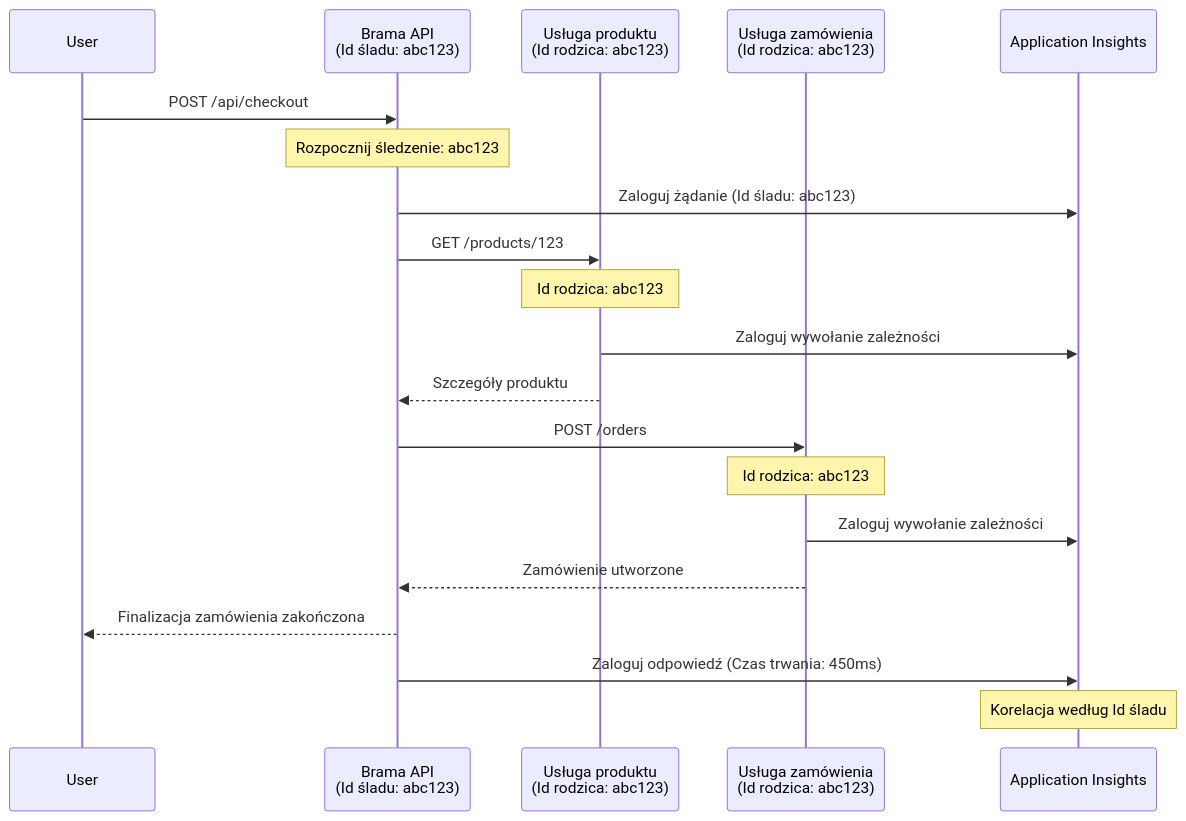
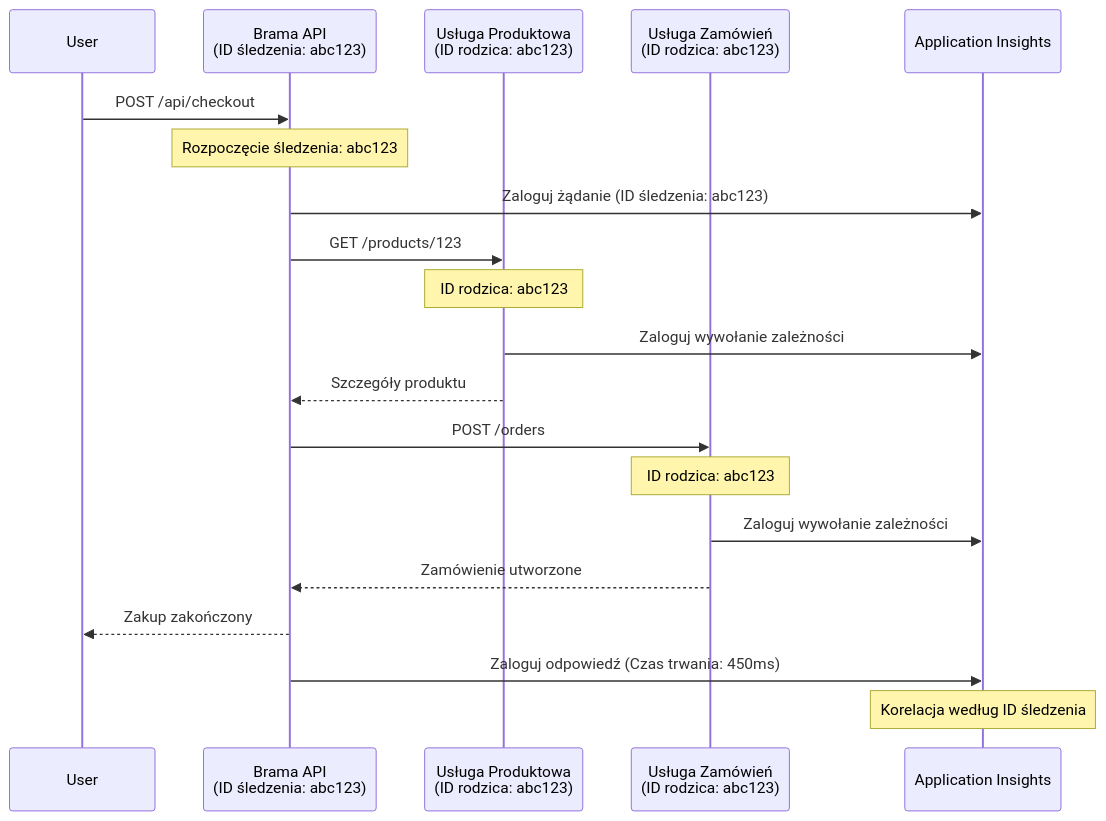
One commit to microsoft/AZD-for-beginners changed the second of 2 diagrams in translations/pl/docs/chapter-06-pre-deployment/application-insights.md. Above: the diagram before and after it, drawn with Mermaid. The commit also changed other lines of this file and 101 other files, not shown here.

````diff
--- a/translations/pl/docs/chapter-06-pre-deployment/application-insights.md
+++ b/translations/pl/docs/chapter-06-pre-deployment/application-insights.md
@@ -744,27 +744,27 @@
 ```mermaid
 sequenceDiagram
     participant User
-    participant Gateway as Brama API<br/>(Id śladu: abc123)
-    participant Product as Usługa produktu<br/>(Id rodzica: abc123)
-    participant Order as Usługa zamówienia<br/>(Id rodzica: abc123)
+    participant Gateway as Brama API<br/>(ID śledzenia: abc123)
+    participant Product as Usługa Produktowa<br/>(ID rodzica: abc123)
+    participant Order as Usługa Zamówień<br/>(ID rodzica: abc123)
     participant AppInsights as Application Insights
     
     User->>Gateway: POST /api/checkout
-    Note over Gateway: Rozpocznij śledzenie: abc123
-    Gateway->>AppInsights: Zaloguj żądanie (Id śladu: abc123)
+    Note over Gateway: Rozpoczęcie śledzenia: abc123
+    Gateway->>AppInsights: Zaloguj żądanie (ID śledzenia: abc123)
     
     Gateway->>Product: GET /products/123
-    Note over Product: Id rodzica: abc123
+    Note over Product: ID rodzica: abc123
     Product->>AppInsights: Zaloguj wywołanie zależności
     Product-->>Gateway: Szczegóły produktu
     
     Gateway->>Order: POST /orders
-    Note over Order: Id rodzica: abc123
+    Note over Order: ID rodzica: abc123
     Order->>AppInsights: Zaloguj wywołanie zależności
     Order-->>Gateway: Zamówienie utworzone
     
-    Gateway-->>User: Finalizacja zamówienia zakończona
+    Gateway-->>User: Zakup zakończony
     Gateway->>AppInsights: Zaloguj odpowiedź (Czas trwania: 450ms)
     
-    Note over AppInsights: Korelacja według Id śladu
+    Note over AppInsights: Korelacja według ID śledzenia
 ```
````
